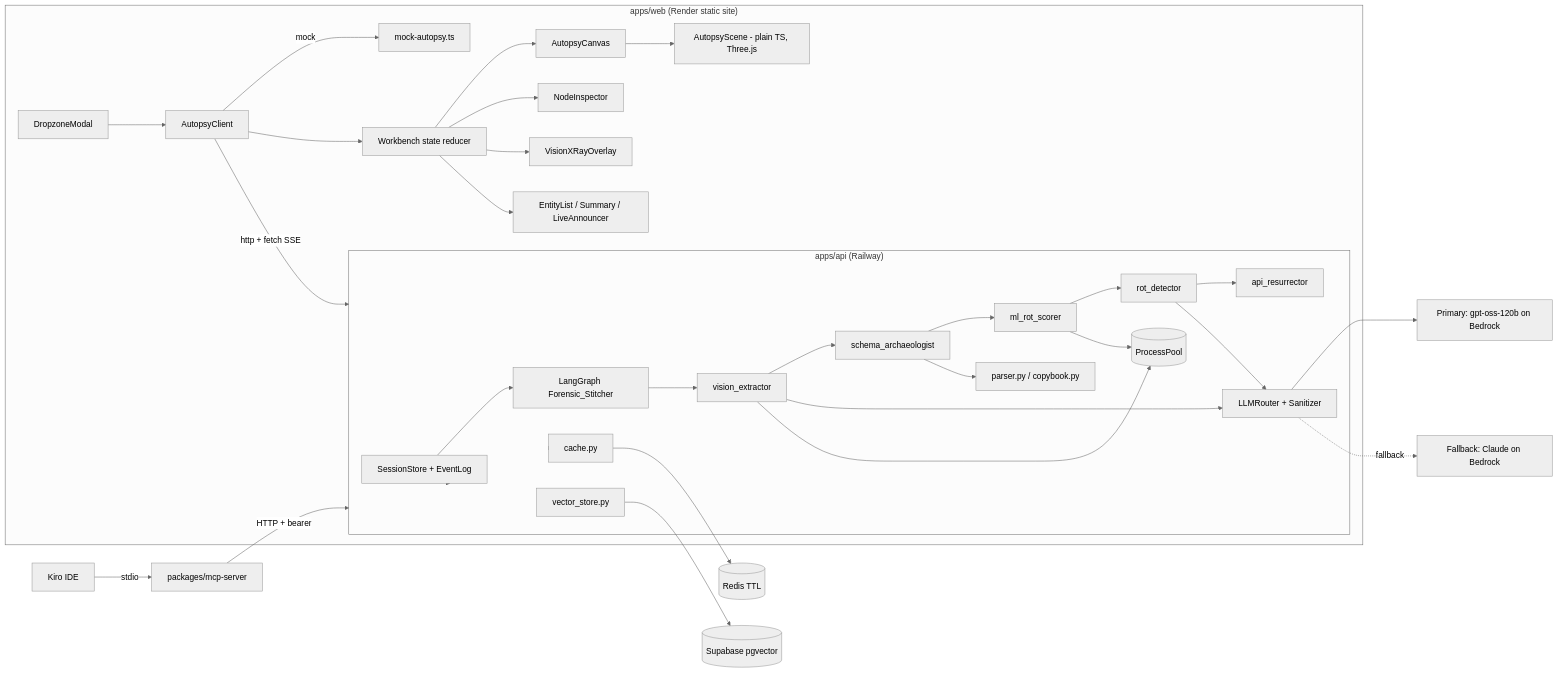
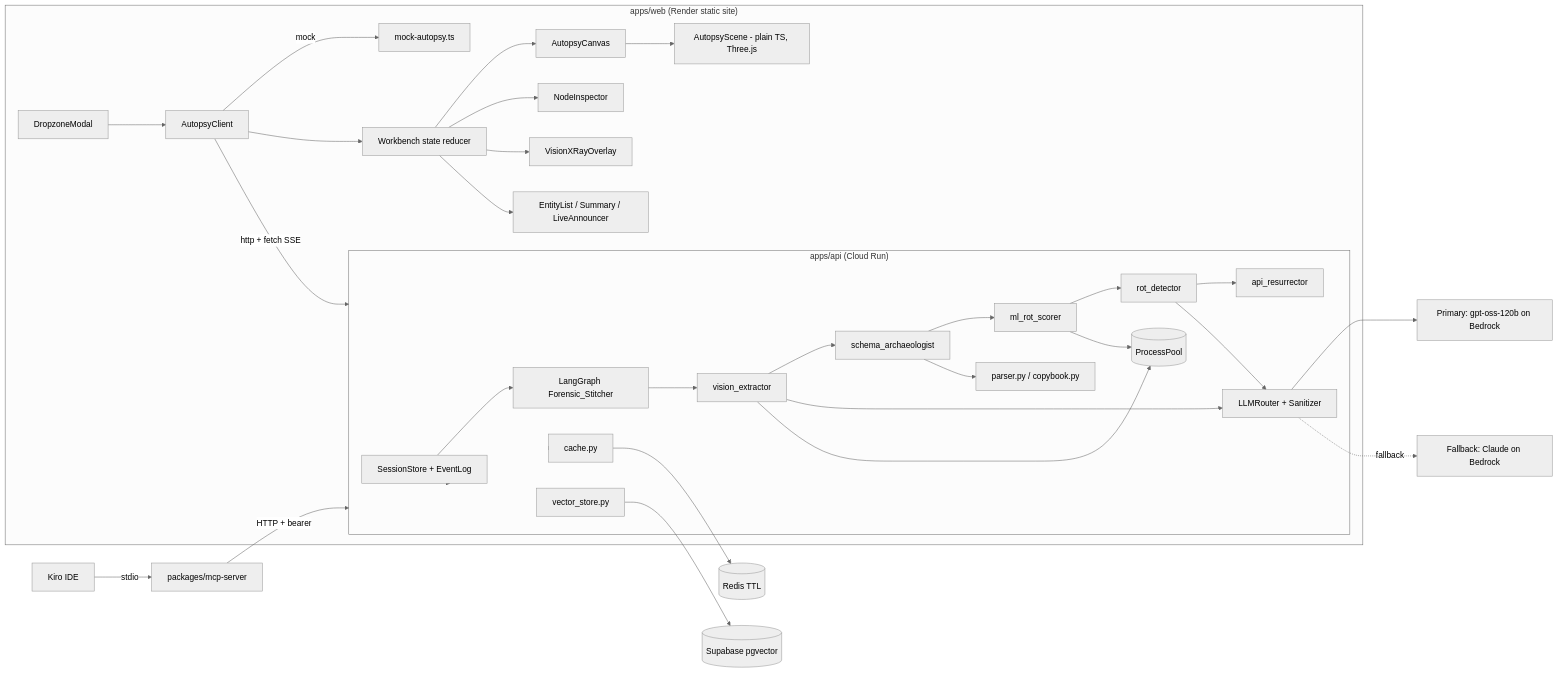
Before and after one commit to timothylee58/NecroLegacy: the first of 3 diagrams in .kiro/specs/digital-autopsy-engine/design.md, drawn with Mermaid (neutral theme). The commit also changed other lines of this file and 18 other files, not shown here.

````diff
--- a/.kiro/specs/digital-autopsy-engine/design.md
+++ b/.kiro/specs/digital-autopsy-engine/design.md
@@ -53,34 +53,34 @@
 ```mermaid
 flowchart LR
   subgraph Browser["apps/web (Render static site)"]
     DZ[DropzoneModal] --> CL[AutopsyClient]
     CL -->|mock| MK[mock-autopsy.ts]
     CL -->|http + fetch SSE| API
     CL --> UI[Workbench state reducer]
     UI --> CV[AutopsyCanvas] --> SC[AutopsyScene - plain TS, Three.js]
     UI --> ND[NodeInspector]
     UI --> XR[VisionXRayOverlay]
     UI --> EL[EntityList / Summary / LiveAnnouncer]
   end
-  subgraph API["apps/api (Railway)"]
+  subgraph API["apps/api (Cloud Run)"]
     API[FastAPI routes] --> SS[SessionStore + EventLog]
     API --> CA[cache.py]
     API --> VS[vector_store.py]
     SS --> G[LangGraph Forensic_Stitcher]
     G --> N1[vision_extractor]
     N1 --> N2[schema_archaeologist]
     N2 --> N3[ml_rot_scorer]
     N3 --> N4[rot_detector]
     N4 --> N5[api_resurrector]
     N2 --> PA[parser.py / copybook.py]
     N1 & N4 --> R[LLMRouter + Sanitizer]
     N3 --> PP[(ProcessPool)]
     N1 --> PP
   end
   R --> PRI[Primary: gpt-oss-120b on Bedrock]
   R -.fallback.-> FBK[Fallback: Claude on Bedrock]
   CA --> RD[(Redis TTL)]
   VS --> PG[(Supabase pgvector)]
   MCP[packages/mcp-server] -->|HTTP + bearer| API
   Kiro[Kiro IDE] -->|stdio| MCP
 ```
````
